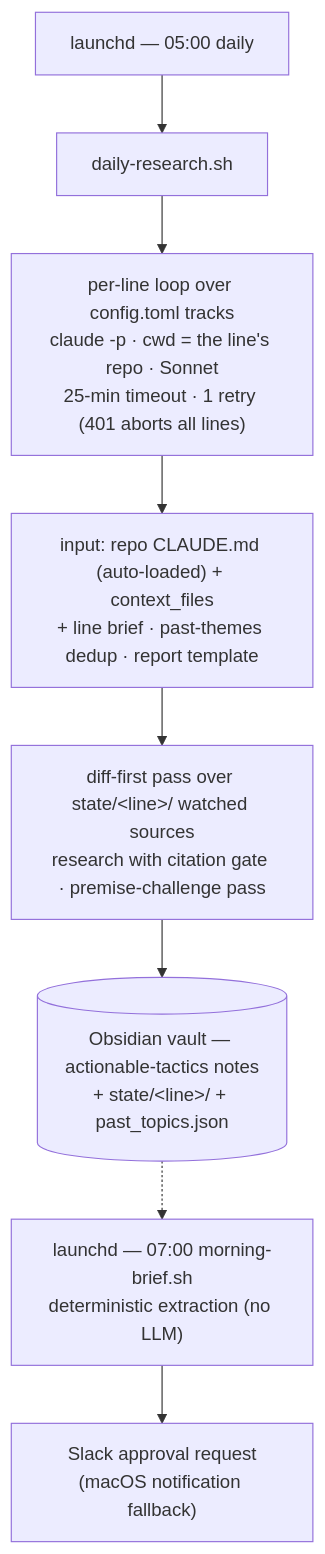
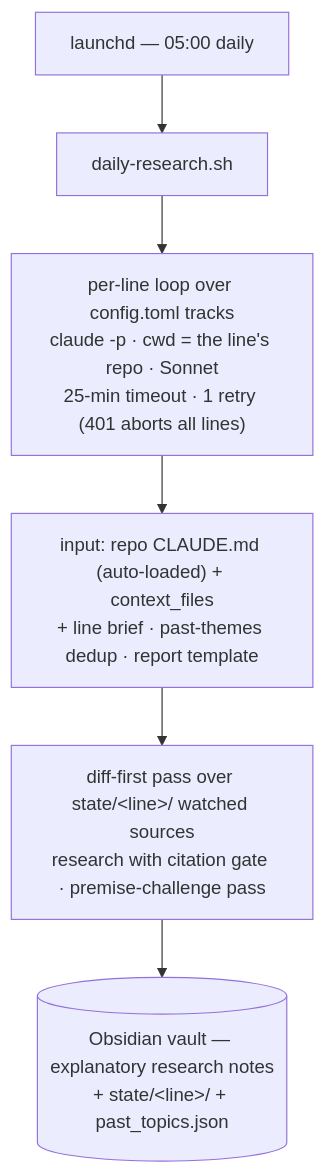
One commit to shimo4228/daily-research changed the diagram in README.md. Above: the diagram before and after it, drawn with Mermaid. The commit also changed other lines of this file and 20 other files, not shown here.

````diff
--- a/README.md
+++ b/README.md
@@ -15,10 +15,8 @@
 ```mermaid
 flowchart TD
     cron["launchd — 05:00 daily"] --> orch["daily-research.sh"]
     orch --> loop["per-line loop over config.toml tracks<br/>claude -p · cwd = the line's repo · Sonnet<br/>25-min timeout · 1 retry (401 aborts all lines)"]
     loop --> ctx["input: repo CLAUDE.md (auto-loaded) + context_files<br/>+ line brief · past-themes dedup · report template"]
     ctx --> run["diff-first pass over state/&lt;line&gt;/ watched sources<br/>research with citation gate · premise-challenge pass"]
-    run --> out[("Obsidian vault — actionable-tactics notes<br/>+ state/&lt;line&gt;/ + past_topics.json")]
-    out -.-> brief["launchd — 07:00 morning-brief.sh<br/>deterministic extraction (no LLM)"]
-    brief --> slack["Slack approval request<br/>(macOS notification fallback)"]
+    run --> out[("Obsidian vault — explanatory research notes<br/>+ state/&lt;line&gt;/ + past_topics.json")]
 ```
````
